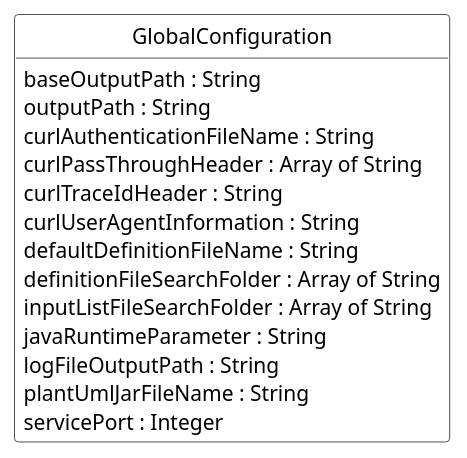
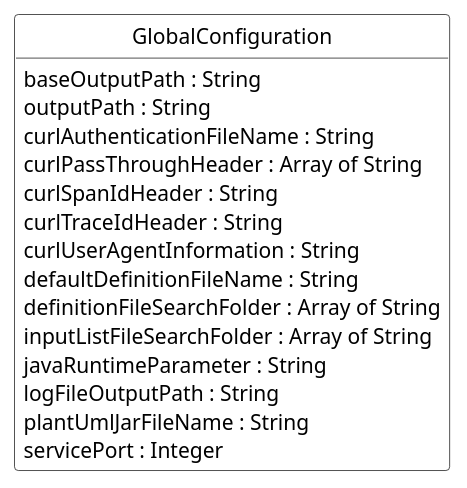
The diagram in documentation/models/globalconfigurationfile/globalconfigurationfile.puml (jfudickar/json2puml), drawn with PlantUML before and after one commit. The commit also changed 3 other files, not shown here.

```diff
--- a/documentation/models/globalconfigurationfile/globalconfigurationfile.puml
+++ b/documentation/models/globalconfigurationfile/globalconfigurationfile.puml
@@ -1,30 +1,31 @@
 @startuml
 hide circle
 hide methods
 hide stereotype
 show <<Enumeration>> stereotype
 skinparam class {
    BackgroundColor<<Enumeration>> #E6F5F7
    BackgroundColor<<Ref>> #FFFFE0
    BackgroundColor<<Pivot>> #FFFFFFF
    BackgroundColor #FCF2E3
 }
 
 class GlobalConfiguration <<Pivot>>{
-	baseOutputPath : String
-	outputPath : String
+   baseOutputPath : String
+   outputPath : String
    curlAuthenticationFileName : String
    curlPassThroughHeader : Array of String
+   curlSpanIdHeader : String
    curlTraceIdHeader : String
    curlUserAgentInformation : String
    defaultDefinitionFileName : String
    definitionFileSearchFolder : Array of String
    inputListFileSearchFolder : Array of String
    javaRuntimeParameter : String
    logFileOutputPath : String
    plantUmlJarFileName : String
    servicePort : Integer
 }
 
 
 @enduml
```
